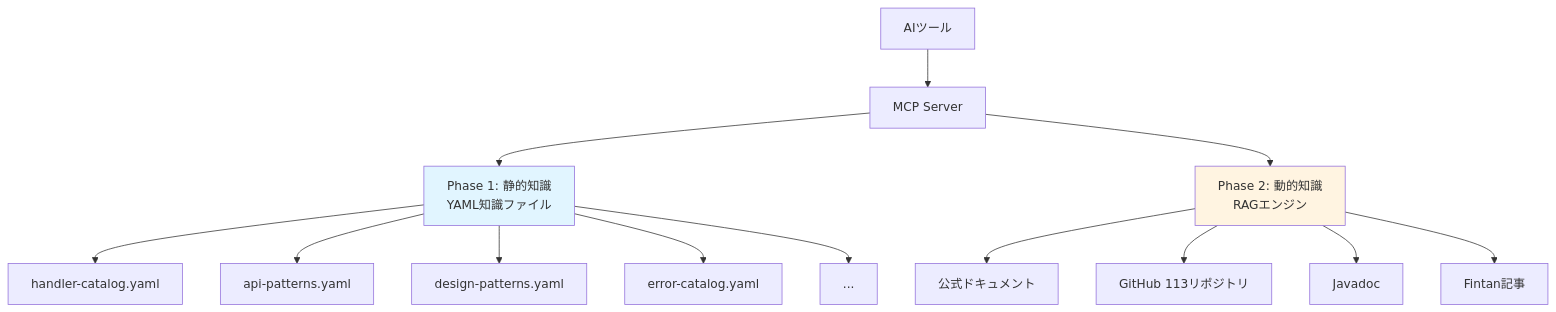
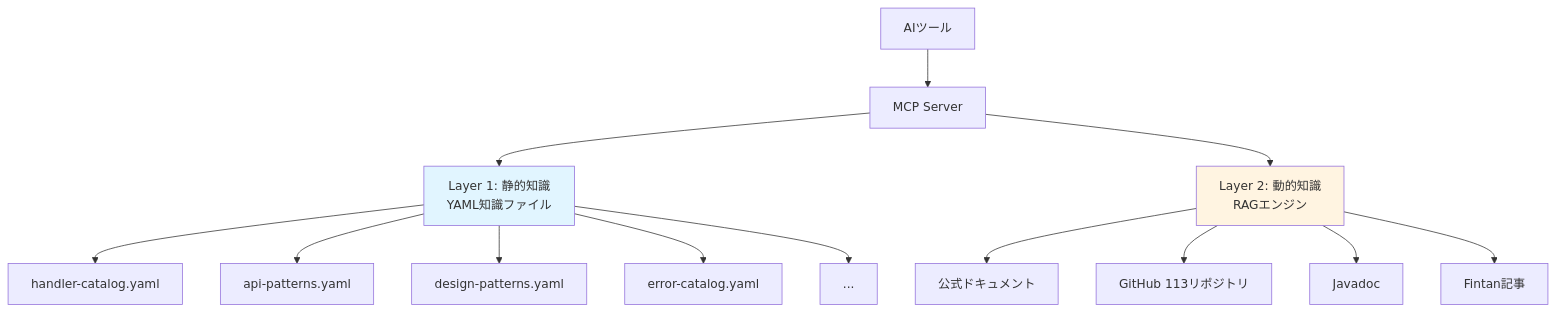
Before and after one commit to kumagoro1202/nablarch-mcp-server: the first of 3 diagrams in docs/articles/06-knowledge-structure.md, drawn with Mermaid. The commit also changed other lines of this file and 10 other files, not shown here.

````diff
--- a/docs/articles/06-knowledge-structure.md
+++ b/docs/articles/06-knowledge-structure.md
@@ -36,20 +36,20 @@
 ```mermaid
 graph TD
     A[AIツール] --> B[MCP Server]
-    B --> C[Phase 1: 静的知識<br/>YAML知識ファイル]
-    B --> D[Phase 2: 動的知識<br/>RAGエンジン]
+    B --> C[Layer 1: 静的知識<br/>YAML知識ファイル]
+    B --> D[Layer 2: 動的知識<br/>RAGエンジン]
 
     C --> C1[handler-catalog.yaml]
     C --> C2[api-patterns.yaml]
     C --> C3[design-patterns.yaml]
     C --> C4[error-catalog.yaml]
     C --> C5[...]
 
     D --> D1[公式ドキュメント]
     D --> D2[GitHub 113リポジトリ]
     D --> D3[Javadoc]
     D --> D4[Fintan記事]
 
     style C fill:#e1f5ff
     style D fill:#fff4e1
 ```
````
